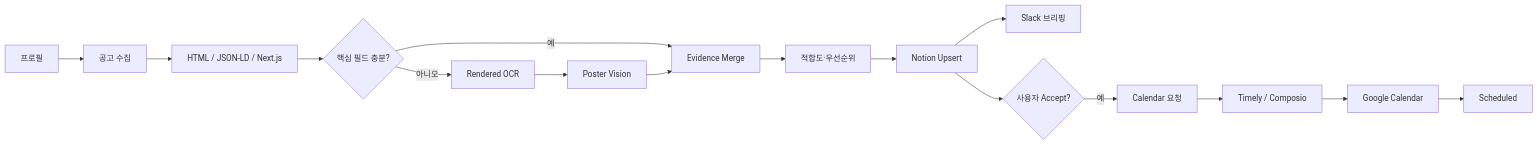
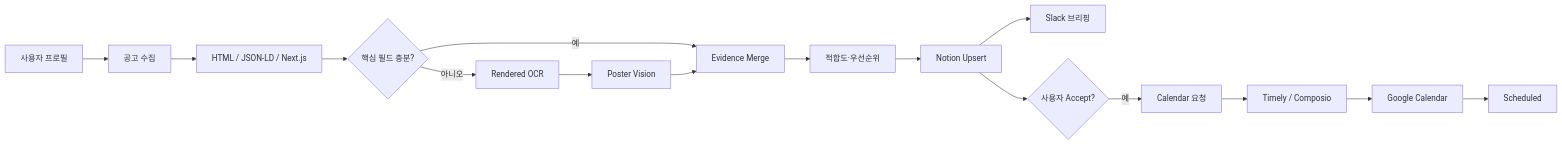
One commit to CHOIGIBUM/campus-mate-ai-agent changed the diagram in README.md. Above: the diagram before and after it, drawn with Mermaid. The commit also changed other lines of this file and 55 other files, not shown here.

````diff
--- a/README.md
+++ b/README.md
@@ -127,18 +137,18 @@
 ```mermaid
 flowchart LR
-    P[프로필] --> C[공고 수집]
+    P[사용자 프로필] --> C[공고 수집]
     C --> H[HTML / JSON-LD / Next.js]
     H --> Q{핵심 필드 충분?}
     Q -- 아니오 --> O[Rendered OCR]
     O --> V[Poster Vision]
     Q -- 예 --> M[Evidence Merge]
     V --> M
     M --> R[적합도·우선순위]
     R --> N[Notion Upsert]
     N --> S[Slack 브리핑]
     N --> A{사용자 Accept?}
     A -- 예 --> G[Calendar 요청]
     G --> T[Timely / Composio]
     T --> GC[Google Calendar]
     GC --> ST[Scheduled]
 ```
````
